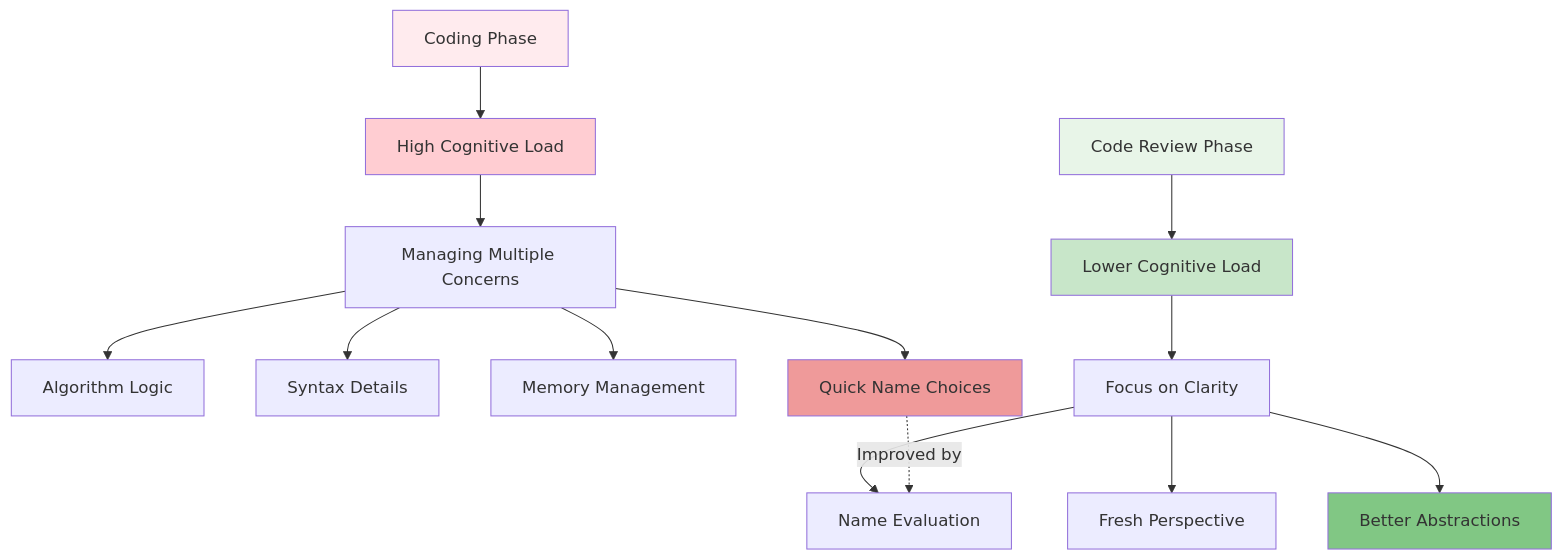
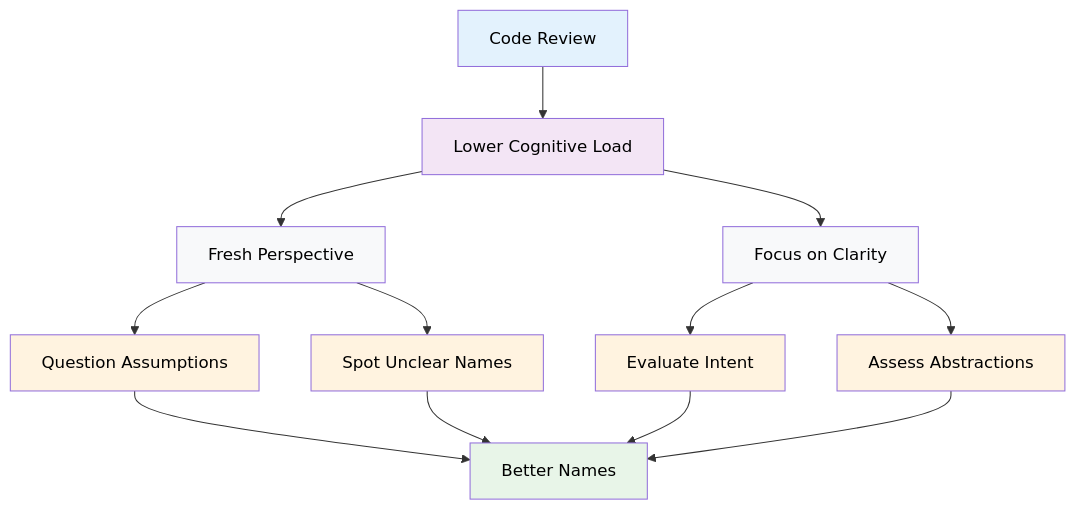
One commit to IndrajeetPatil/second-hardest-cs-thing changed the fourth of 4 diagrams in index.qmd. Above: the diagram before and after it, drawn with Mermaid. The commit also changed other lines of this file, not shown here.

First line of the commit message:
break down mermaid diagram

````diff
--- a/index.qmd
+++ b/index.qmd
@@ -1147,26 +1188,28 @@
 ```{mermaid}
 %%| eval: true
 %%| echo: false
 flowchart TD
-    A[Coding Phase] --> B[High Cognitive Load]
-    B --> C[Managing Multiple Concerns]
-    C --> D[Algorithm Logic]
-    C --> E[Syntax Details]
-    C --> F[Memory Management]
-    C --> G[Quick Name Choices]
+    A[Code Review] --> B[Lower Cognitive Load]
+    B --> C[Fresh Perspective]
+    B --> D[Focus on Clarity]
     
-    H[Code Review Phase] --> I[Lower Cognitive Load]
-    I --> J[Focus on Clarity]
-    J --> K[Fresh Perspective]
-    J --> L[Name Evaluation]
-    J --> M[Better Abstractions]
+    C --> E[Question Assumptions]
+    C --> F[Spot Unclear Names]
+    D --> G[Evaluate Intent]
+    D --> H[Assess Abstractions]
     
-    G -.->|Improved by| L
+    E --> I[Better Names]
+    F --> I
+    G --> I
+    H --> I
     
-    style A fill:#ffebee
-    style B fill:#ffcdd2
-    style G fill:#ef9a9a
-    style H fill:#e8f5e8
-    style I fill:#c8e6c9
-    style M fill:#81c784
+    style A fill:#e3f2fd,color:#000
+    style B fill:#f3e5f5,color:#000
+    style C fill:#f8f9fa,color:#000
+    style D fill:#f8f9fa,color:#000
+    style E fill:#fff3e0,color:#000
+    style F fill:#fff3e0,color:#000
+    style G fill:#fff3e0,color:#000
+    style H fill:#fff3e0,color:#000
+    style I fill:#e8f5e8,color:#000
 ```
````
